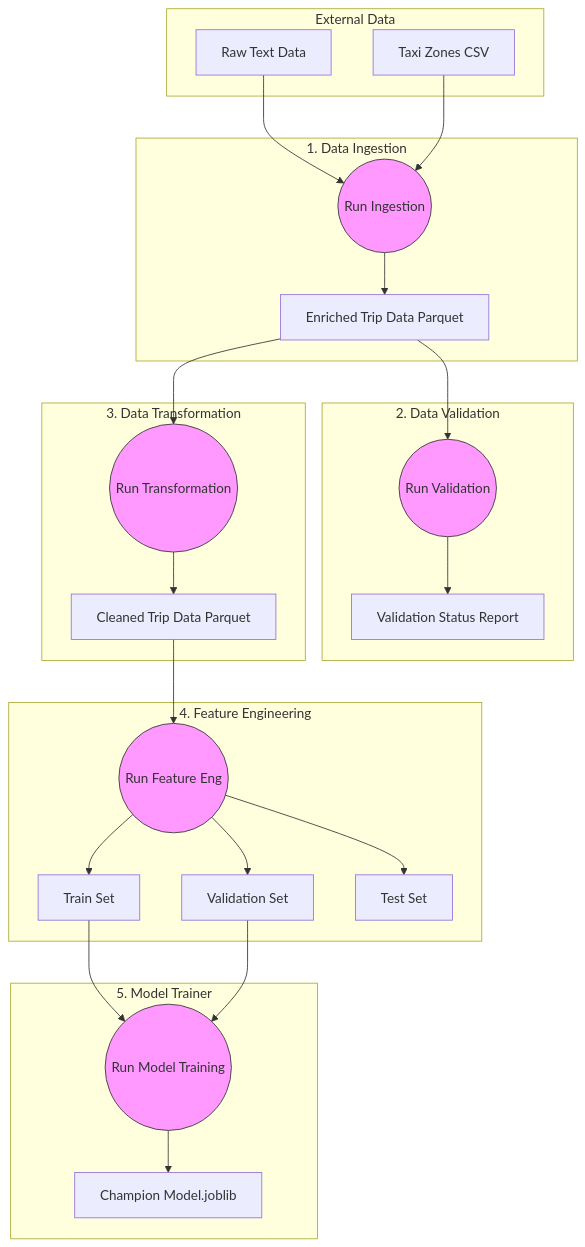
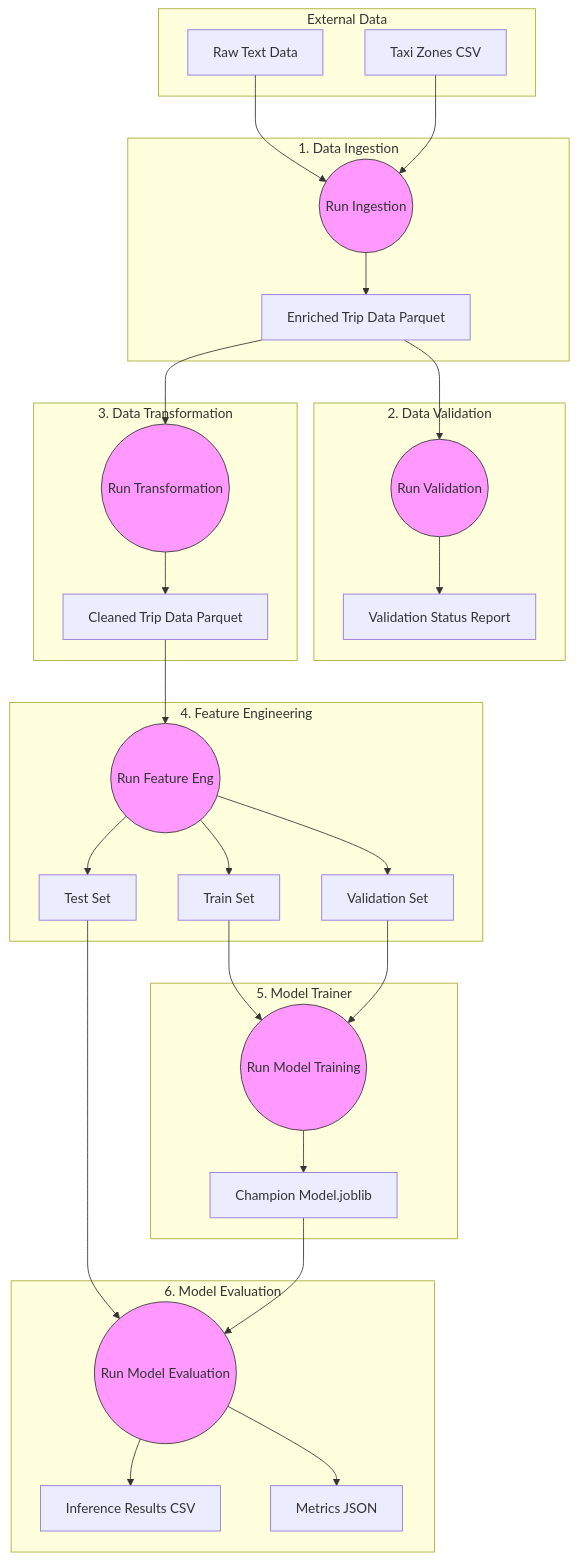
The diagram in reports/docs/dvc_pipeline_architecture.md (SebastianGarrido2790/nyc-taxi-tips-prediction), drawn with Mermaid before and after one commit. The commit also changed other lines of this file and 4 other files, not shown here.

Commit message:
docs: Add Model Evaluation Stage documentation and update DVC Architecture

````diff
--- a/reports/docs/dvc_pipeline_architecture.md
+++ b/reports/docs/dvc_pipeline_architecture.md
@@ -13,40 +13,47 @@
 ```mermaid
 flowchart TD
     subgraph Raw_Data [External Data]
         A[Raw Text Data]
         B[Taxi Zones CSV]
     end
 
     subgraph Stage_01 [1. Data Ingestion]
         A & B --> C((Run Ingestion))
         C --> D[Enriched Trip Data Parquet]
     end
 
     subgraph Stage_02 [2. Data Validation]
         D --> E((Run Validation))
         E --> F[Validation Status Report]
     end
 
     subgraph Stage_03 [3. Data Transformation]
         D --> G((Run Transformation))
         G --> H[Cleaned Trip Data Parquet]
     end
 
     subgraph Stage_04 [4. Feature Engineering]
         H --> I((Run Feature Eng))
         I --> J[Train Set]
         I --> K[Validation Set]
         I --> L[Test Set]
     end
 
     subgraph Stage_05 [5. Model Trainer]
         J & K --> M((Run Model Training))
         M --> N[Champion Model.joblib]
     end
 
+    subgraph Stage_06 [6. Model Evaluation]
+        L & N --> O((Run Model Evaluation))
+        O --> P[Inference Results CSV]
+        O --> Q[Metrics JSON]
+    end
+
     style C fill:#f9f,stroke:#333
     style E fill:#f9f,stroke:#333
     style G fill:#f9f,stroke:#333
     style I fill:#f9f,stroke:#333
     style M fill:#f9f,stroke:#333
+    style O fill:#f9f,stroke:#333
 ```
````
